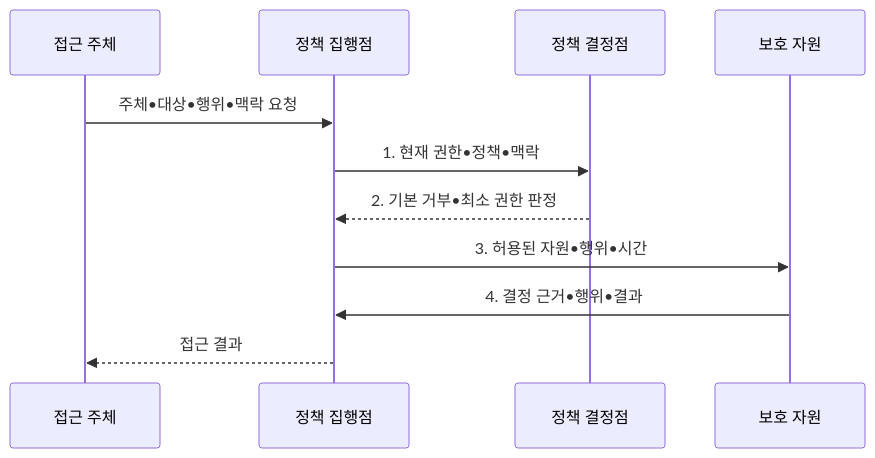
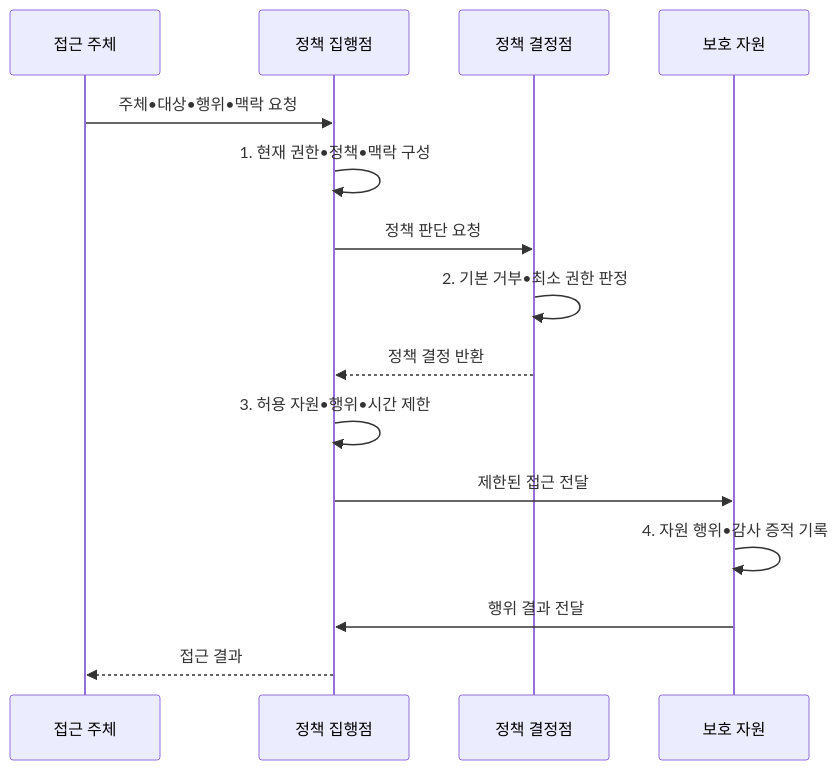
Before and after one commit to agnusdei1207/knowledge-base: the second of 2 diagrams in src/content/docs/notes/05-security/137_security_design_principles.md, drawn with Mermaid. The commit also changed other lines of this file and 19 other files, not shown here.

````diff
--- a/src/content/docs/notes/05-security/137_security_design_principles.md
+++ b/src/content/docs/notes/05-security/137_security_design_principles.md
@@ -102,13 +102,17 @@
 ```mermaid
 sequenceDiagram
   participant S as 접근 주체
   participant E as 정책 집행점
   participant P as 정책 결정점
   participant R as 보호 자원
   S->>E: 주체•대상•행위•맥락 요청
-  E->>P: 1. 현재 권한•정책•맥락
-  P-->>E: 2. 기본 거부•최소 권한 판정
-  E->>R: 3. 허용된 자원•행위•시간
-  R->>E: 4. 결정 근거•행위•결과
+  E->>E: 1. 현재 권한•정책•맥락 구성
+  E->>P: 정책 판단 요청
+  P->>P: 2. 기본 거부•최소 권한 판정
+  P-->>E: 정책 결정 반환
+  E->>E: 3. 허용 자원•행위•시간 제한
+  E->>R: 제한된 접근 전달
+  R->>R: 4. 자원 행위•감사 증적 기록
+  R->>E: 행위 결과 전달
   E-->>S: 접근 결과
 ```
````
